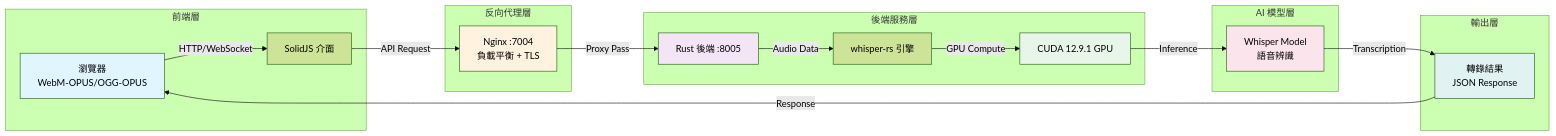
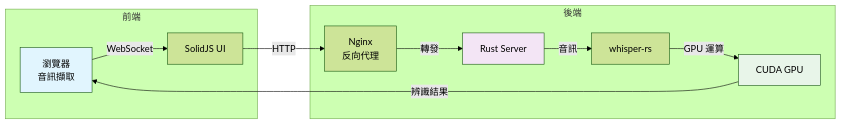
The diagram in README.md (yes1688/care-voice), drawn with Mermaid (forest theme) before and after one commit. The commit also changed other lines of this file, not shown here.

````diff
--- a/README.md
+++ b/README.md
@@ -93,41 +47,25 @@
 ```mermaid
 graph LR
-    subgraph 前端層
-        A[瀏覽器<br/>WebM-OPUS/OGG-OPUS]
-        B[SolidJS 介面]
+    subgraph 前端
+        A[瀏覽器<br/>音訊擷取]
+        B[SolidJS UI]
     end
 
-    subgraph 反向代理層
-        C[Nginx :7004<br/>負載平衡 + TLS]
+    subgraph 後端
+        C[Nginx<br/>反向代理]
+        D[Rust Server]
+        E[whisper-rs]
+        F[CUDA GPU]
     end
 
-    subgraph 後端服務層
-        D[Rust 後端 :8005]
-        E[whisper-rs 引擎]
-        F[CUDA 12.9.1 GPU]
-    end
-
-    subgraph AI 模型層
-        G[Whisper Model<br/>語音辨識]
-    end
-
-    subgraph 輸出層
-        H[轉錄結果<br/>JSON Response]
-    end
-
-    A -->|HTTP/WebSocket| B
-    B -->|API Request| C
-    C -->|Proxy Pass| D
-    D -->|Audio Data| E
-    E -->|GPU Compute| F
-    F -->|Inference| G
-    G -->|Transcription| H
-    H -->|Response| A
+    A -->|WebSocket| B
+    B -->|HTTP| C
+    C -->|轉發| D
+    D -->|音訊| E
+    E -->|GPU 運算| F
+    F -->|辨識結果| A
 
     style A fill:#e1f5fe
-    style C fill:#fff3e0
     style D fill:#f3e5f5
     style F fill:#e8f5e9
-    style G fill:#fce4ec
-    style H fill:#e0f2f1
 ```
````
